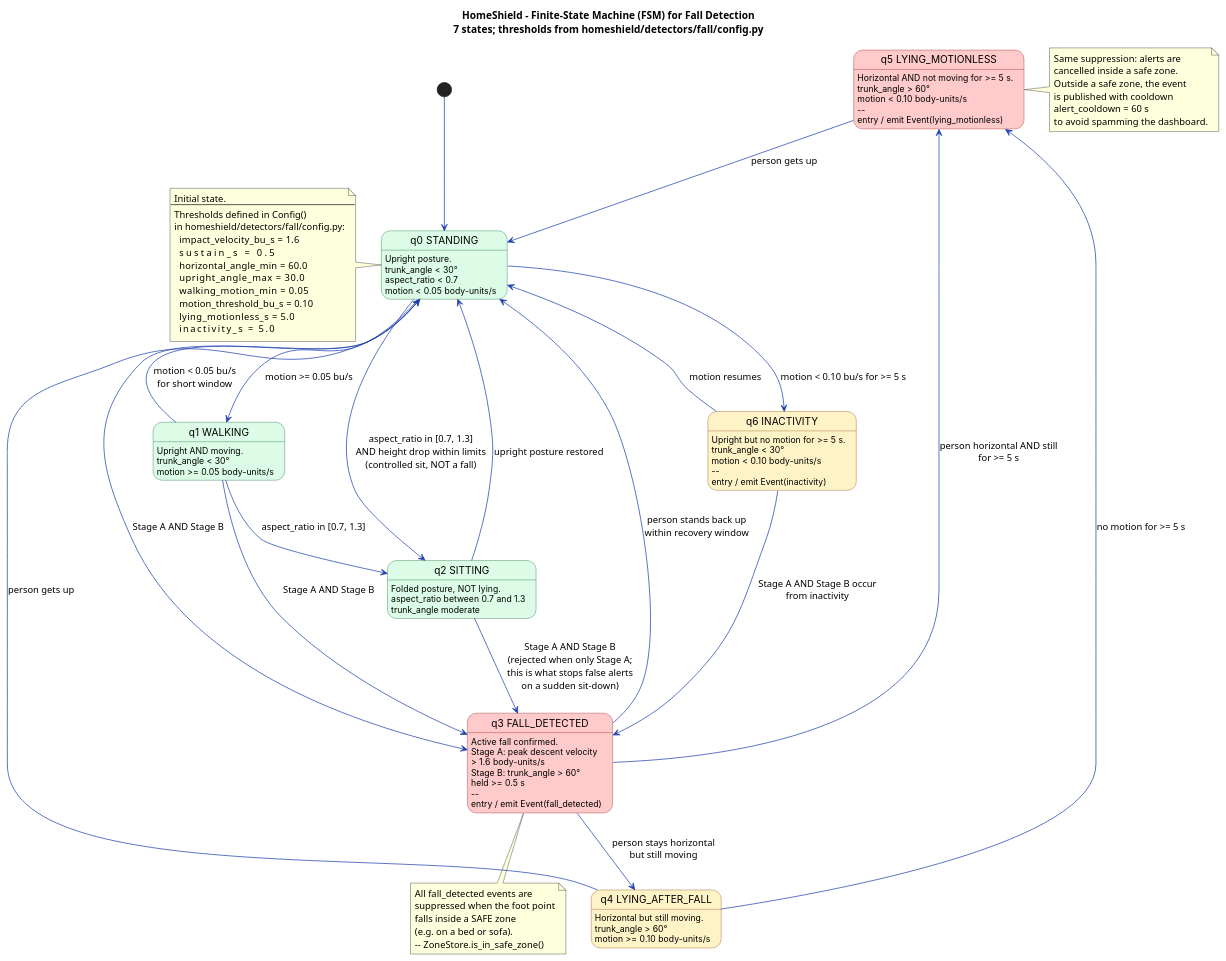
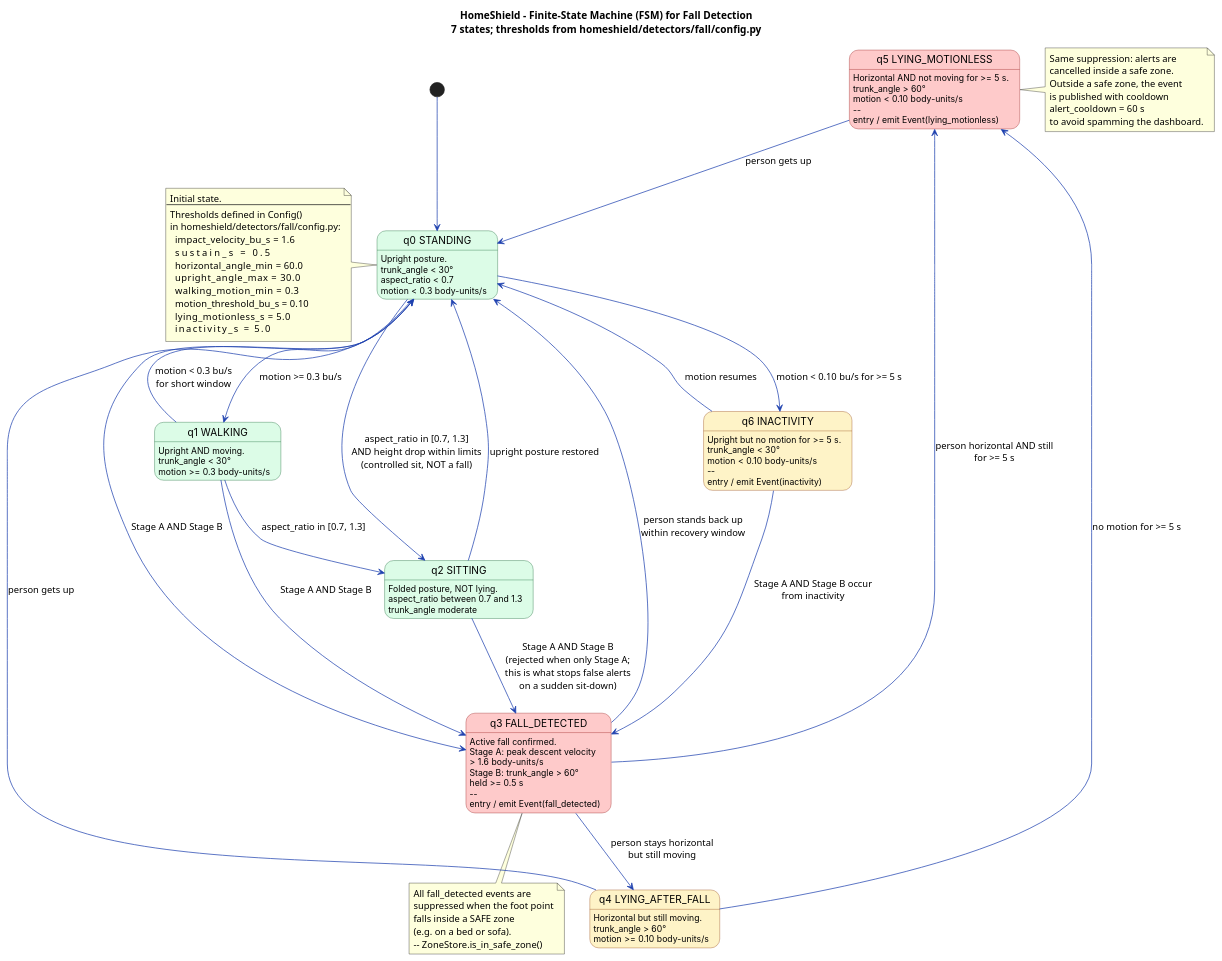
Before and after one commit to salehuddiniwan/HomeShield: the diagram in UML_Diagrams/puml/09_fsm_fall_detection.puml, drawn with PlantUML. The commit also changed 5 other files, not shown here.

```diff
--- a/UML_Diagrams/puml/09_fsm_fall_detection.puml
+++ b/UML_Diagrams/puml/09_fsm_fall_detection.puml
@@ -1,131 +1,131 @@
 @startuml HomeShield FSM - Fall Detection
 title HomeShield - Finite-State Machine (FSM) for Fall Detection\n7 states; thresholds from homeshield/detectors/fall/config.py
 
 skinparam state {
     BackgroundColor #FFFBEB
     BorderColor     #92400E
     BackgroundColor<<safe>>   #DCFCE7
     BorderColor<<safe>>       #166534
     BackgroundColor<<alert>>  #FECACA
     BorderColor<<alert>>      #991B1B
     BackgroundColor<<warn>>   #FEF3C7
     BorderColor<<warn>>       #92400E
     FontName Inter
 }
 
 skinparam ArrowColor #1E40AF
 
 [*] --> STANDING
 
 state "q0 STANDING" as STANDING <<safe>> {
     STANDING : Upright posture.
     STANDING : trunk_angle < 30°
     STANDING : aspect_ratio < 0.7
-    STANDING : motion < 0.05 body-units/s
+    STANDING : motion < 0.3 body-units/s
 }
 
 state "q1 WALKING" as WALKING <<safe>> {
     WALKING : Upright AND moving.
     WALKING : trunk_angle < 30°
-    WALKING : motion >= 0.05 body-units/s
+    WALKING : motion >= 0.3 body-units/s
 }
 
 state "q2 SITTING" as SITTING <<safe>> {
     SITTING : Folded posture, NOT lying.
     SITTING : aspect_ratio between 0.7 and 1.3
     SITTING : trunk_angle moderate
 }
 
 state "q3 FALL_DETECTED" as FALL <<alert>> {
     FALL : Active fall confirmed.
     FALL : Stage A: peak descent velocity\n> 1.6 body-units/s
     FALL : Stage B: trunk_angle > 60°\nheld >= 0.5 s
     FALL : --
     FALL : entry / emit Event(fall_detected)
 }
 
 state "q4 LYING_AFTER_FALL" as LYING_AFTER <<warn>> {
     LYING_AFTER : Horizontal but still moving.
     LYING_AFTER : trunk_angle > 60°
     LYING_AFTER : motion >= 0.10 body-units/s
 }
 
 state "q5 LYING_MOTIONLESS" as MOTIONLESS <<alert>> {
     MOTIONLESS : Horizontal AND not moving for >= 5 s.
     MOTIONLESS : trunk_angle > 60°
     MOTIONLESS : motion < 0.10 body-units/s
     MOTIONLESS : --
     MOTIONLESS : entry / emit Event(lying_motionless)
 }
 
 state "q6 INACTIVITY" as INACTIVITY <<warn>> {
     INACTIVITY : Upright but no motion for >= 5 s.
     INACTIVITY : trunk_angle < 30°
     INACTIVITY : motion < 0.10 body-units/s
     INACTIVITY : --
     INACTIVITY : entry / emit Event(inactivity)
 }
 
 ' ====== Transitions ======
 
 ' Normal locomotion
-STANDING --> WALKING        : motion >= 0.05 bu/s
-WALKING  --> STANDING       : motion < 0.05 bu/s\nfor short window
+STANDING --> WALKING        : motion >= 0.3 bu/s
+WALKING  --> STANDING       : motion < 0.3 bu/s\nfor short window
 STANDING --> SITTING        : aspect_ratio in [0.7, 1.3]\nAND height drop within limits\n(controlled sit, NOT a fall)
 SITTING  --> STANDING       : upright posture restored
 WALKING  --> SITTING        : aspect_ratio in [0.7, 1.3]
 
 ' --- Fall trigger (rising edge from any upright/sitting state) ---
 STANDING --> FALL  : Stage A AND Stage B
 WALKING  --> FALL  : Stage A AND Stage B
 SITTING  --> FALL  : Stage A AND Stage B\n(rejected when only Stage A;\nthis is what stops false alerts\non a sudden sit-down)
 
 ' --- After-fall path ---
 FALL          --> LYING_AFTER  : person stays horizontal\nbut still moving
 FALL          --> MOTIONLESS   : person horizontal AND still\nfor >= 5 s
 FALL          --> STANDING     : person stands back up\nwithin recovery window
 
 LYING_AFTER   --> MOTIONLESS   : no motion for >= 5 s
 LYING_AFTER   --> STANDING     : person gets up
 
 MOTIONLESS    --> STANDING     : person gets up
 
 ' --- Inactivity branch ---
 STANDING   --> INACTIVITY  : motion < 0.10 bu/s for >= 5 s
 INACTIVITY --> STANDING    : motion resumes
 INACTIVITY --> FALL        : Stage A AND Stage B occur\nfrom inactivity
 
 ' Suppression rules (annotation only)
 note bottom of FALL
   All fall_detected events are
   suppressed when the foot point
   falls inside a SAFE zone
   (e.g. on a bed or sofa).
   -- ZoneStore.is_in_safe_zone()
 end note
 
 note right of MOTIONLESS
   Same suppression: alerts are
   cancelled inside a safe zone.
   Outside a safe zone, the event
   is published with cooldown
   alert_cooldown = 60 s
   to avoid spamming the dashboard.
 end note
 
 note left of STANDING
   Initial state.
   --
   Thresholds defined in Config()
   in homeshield/detectors/fall/config.py:
     impact_velocity_bu_s   = 1.6
     sustain_s              = 0.5
     horizontal_angle_min   = 60.0
     upright_angle_max      = 30.0
-    walking_motion_min     = 0.05
+    walking_motion_min     = 0.3
     motion_threshold_bu_s  = 0.10
     lying_motionless_s     = 5.0
     inactivity_s           = 5.0
 end note
 
 @enduml
```
